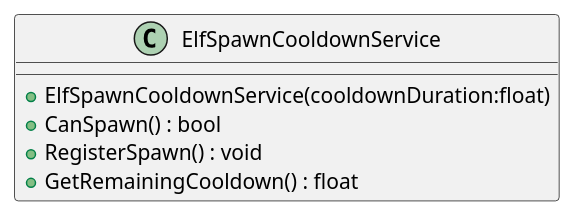
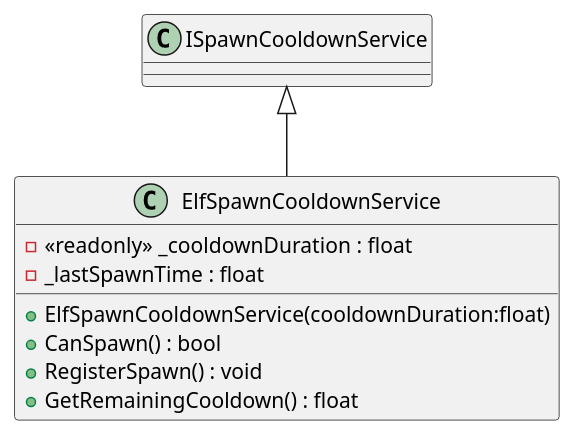
The diagram in puml/Assets/ExplodingElves/Scripts/Core/Services/ElfSpawnCooldownService.puml (felipemmax/ExplodingElves), drawn with PlantUML before and after one commit. The commit also changed 97 other files, not shown here.

```diff
--- a/puml/Assets/ExplodingElves/Scripts/Core/Services/ElfSpawnCooldownService.puml
+++ b/puml/Assets/ExplodingElves/Scripts/Core/Services/ElfSpawnCooldownService.puml
@@ -1,8 +1,11 @@
 @startuml
 class ElfSpawnCooldownService {
+    - <<readonly>> _cooldownDuration : float
+    - _lastSpawnTime : float
     + ElfSpawnCooldownService(cooldownDuration:float)
     + CanSpawn() : bool
     + RegisterSpawn() : void
     + GetRemainingCooldown() : float
 }
+ISpawnCooldownService <|-- ElfSpawnCooldownService
 @enduml
```
